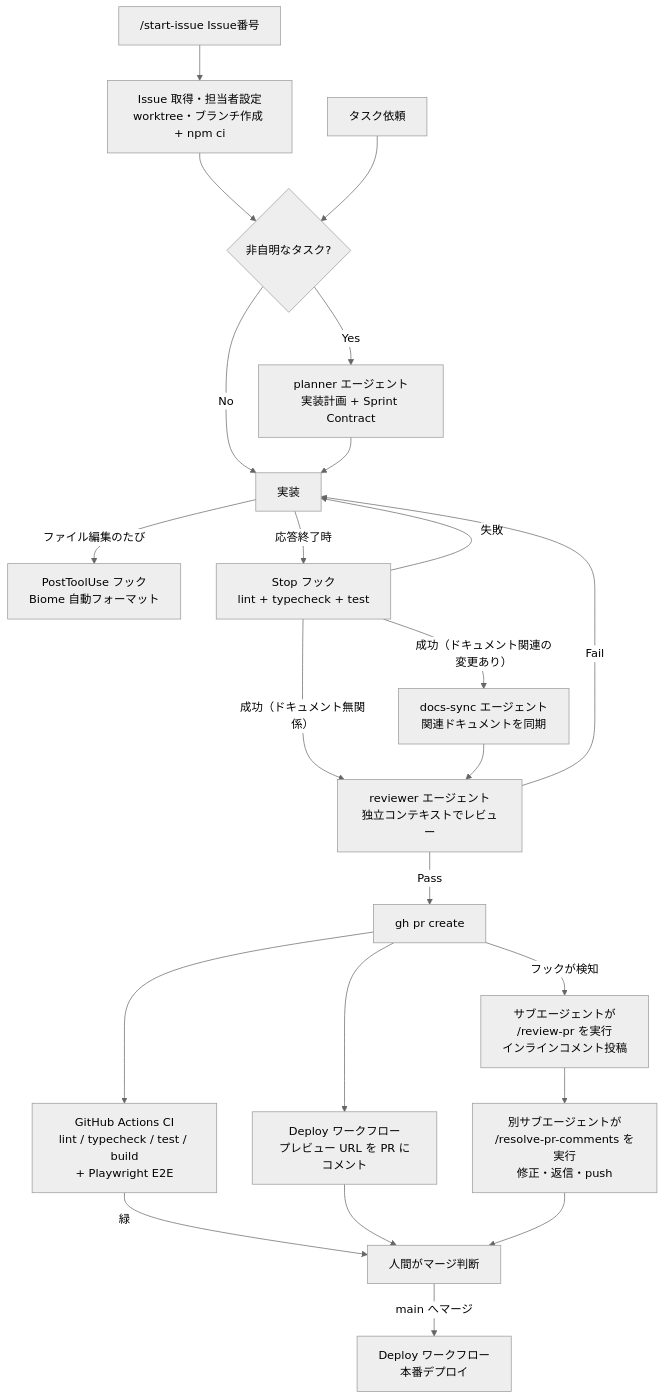
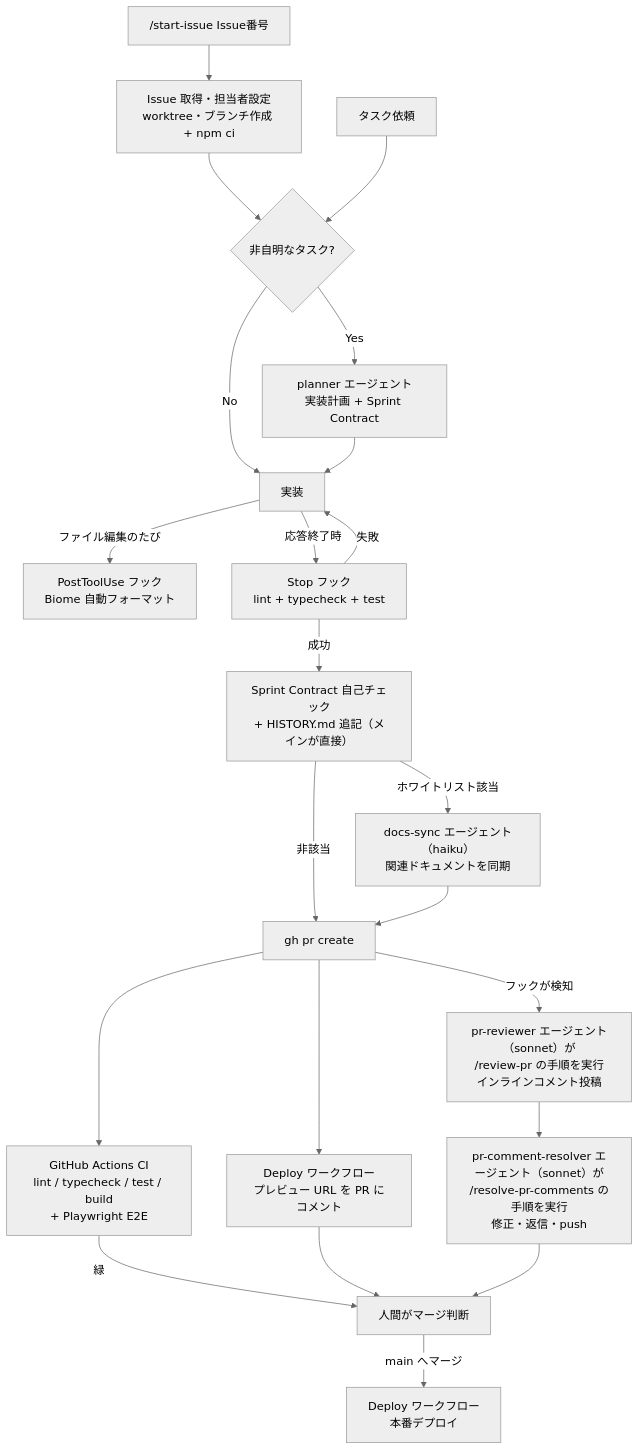
The diagram in docs/HARNESS.md (Suemura/client-side-image-converter), drawn with Mermaid (neutral theme) before and after one commit. The commit also changed other lines of this file and 13 other files, not shown here.

````diff
--- a/docs/HARNESS.md
+++ b/docs/HARNESS.md
@@ -8,25 +10,24 @@
 ```mermaid
 flowchart TD
     S["/start-issue Issue番号"] --> S2[Issue 取得・担当者設定<br>worktree・ブランチ作成 + npm ci]
     S2 --> B
     A[タスク依頼] --> B{非自明なタスク?}
     B -- Yes --> C[planner エージェント<br>実装計画 + Sprint Contract]
     B -- No --> D[実装]
     C --> D
     D -- ファイル編集のたび --> E[PostToolUse フック<br>Biome 自動フォーマット]
     D -- 応答終了時 --> F[Stop フック<br>lint + typecheck + test]
     F -- 失敗 --> D
-    F -- 成功（ドキュメント関連の変更あり） --> N[docs-sync エージェント<br>関連ドキュメントを同期]
-    F -- 成功（ドキュメント無関係） --> G[reviewer エージェント<br>独立コンテキストでレビュー]
-    N --> G
-    G -- Fail --> D
-    G -- Pass --> H[gh pr create]
-    H -- フックが検知 --> I[サブエージェントが<br>/review-pr を実行<br>インラインコメント投稿]
-    I --> J[別サブエージェントが<br>/resolve-pr-comments を実行<br>修正・返信・push]
+    F -- 成功 --> V[Sprint Contract 自己チェック<br>+ HISTORY.md 追記（メインが直接）]
+    V -- ホワイトリスト該当 --> N[docs-sync エージェント（haiku）<br>関連ドキュメントを同期]
+    V -- 非該当 --> H[gh pr create]
+    N --> H
+    H -- フックが検知 --> I[pr-reviewer エージェント（sonnet）が<br>/review-pr の手順を実行<br>インラインコメント投稿]
+    I --> J[pr-comment-resolver エージェント（sonnet）が<br>/resolve-pr-comments の手順を実行<br>修正・返信・push]
     H --> K[GitHub Actions CI<br>lint / typecheck / test / build<br>+ Playwright E2E]
     H --> P[Deploy ワークフロー<br>プレビュー URL を PR にコメント]
     K -- 緑 --> L[人間がマージ判断]
     P --> L
     J --> L
     L -- main へマージ --> M[Deploy ワークフロー<br>本番デプロイ]
 ```
````
